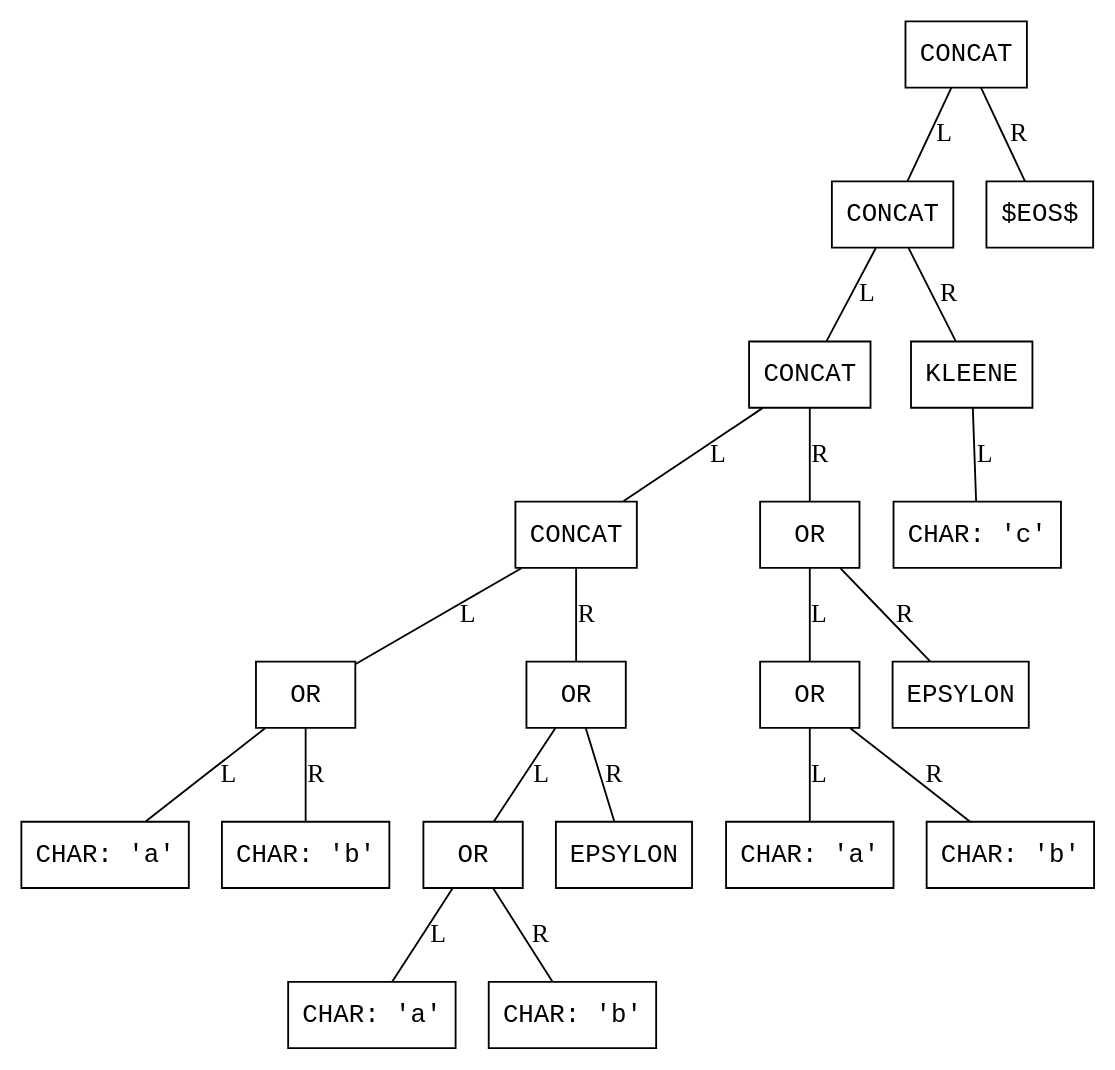
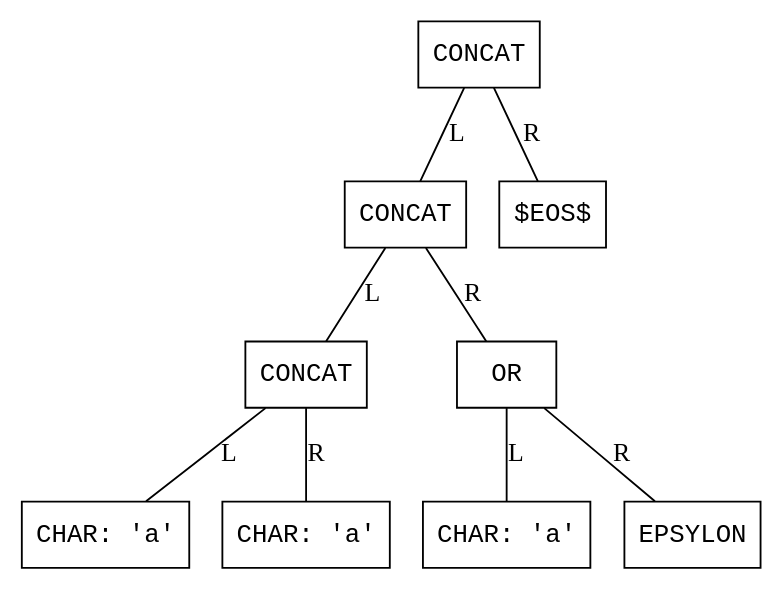
One commit to HotHeadd/automata25_mephi changed the diagram in 2/visuals/ast.dot. Above: the diagram before and after it, drawn with Graphviz. The commit also changed 5 other files, not shown here.

```diff
--- a/2/visuals/ast.dot
+++ b/2/visuals/ast.dot
@@ -1,44 +1,22 @@
 digraph AST {
   node [shape=box, fontname="Courier"];
   edge [arrowhead=none];
 
   0 [label="CONCAT"];
   1 [label="CONCAT"];
   2 [label="CONCAT"];
-  3 [label="CONCAT"];
-  4 [label="OR"];
-  5 [label="CHAR: 'a'"];
-  4 -> 5 [label="L"];
-  6 [label="CHAR: 'b'"];
-  4 -> 6 [label="R"];
-  3 -> 4 [label="L"];
-  7 [label="OR"];
-  8 [label="OR"];
-  9 [label="CHAR: 'a'"];
-  8 -> 9 [label="L"];
-  10 [label="CHAR: 'b'"];
-  8 -> 10 [label="R"];
-  7 -> 8 [label="L"];
-  11 [label="EPSYLON"];
-  7 -> 11 [label="R"];
-  3 -> 7 [label="R"];
+  3 [label="CHAR: 'a'"];
   2 -> 3 [label="L"];
-  12 [label="OR"];
-  13 [label="OR"];
-  14 [label="CHAR: 'a'"];
-  13 -> 14 [label="L"];
-  15 [label="CHAR: 'b'"];
-  13 -> 15 [label="R"];
-  12 -> 13 [label="L"];
-  16 [label="EPSYLON"];
-  12 -> 16 [label="R"];
-  2 -> 12 [label="R"];
+  4 [label="CHAR: 'a'"];
+  2 -> 4 [label="R"];
   1 -> 2 [label="L"];
-  17 [label="KLEENE"];
-  18 [label="CHAR: 'c'"];
-  17 -> 18 [label="L"];
-  1 -> 17 [label="R"];
+  5 [label="OR"];
+  6 [label="CHAR: 'a'"];
+  5 -> 6 [label="L"];
+  7 [label="EPSYLON"];
+  5 -> 7 [label="R"];
+  1 -> 5 [label="R"];
   0 -> 1 [label="L"];
-  19 [label="$EOS$"];
-  0 -> 19 [label="R"];
+  8 [label="$EOS$"];
+  0 -> 8 [label="R"];
 }
```
